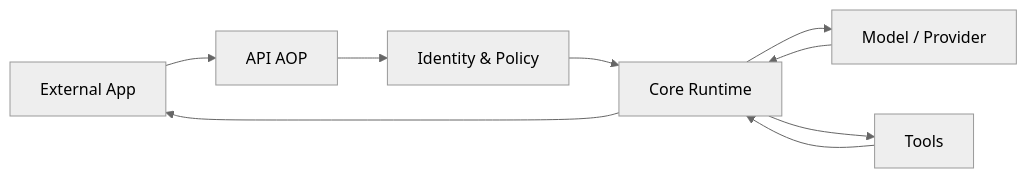
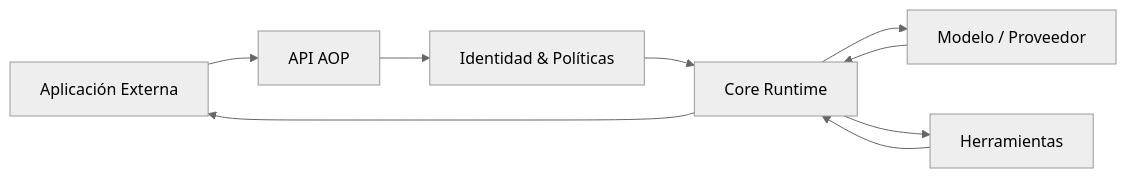
The first of 2 diagrams in docs/PLATFORM_NARRATIVE.md (johangonzahenri/ai-operating-platform), drawn with Mermaid (neutral theme) before and after one commit. The commit also changed other lines of this file and 42 other files, not shown here.

````diff
--- a/docs/PLATFORM_NARRATIVE.md
+++ b/docs/PLATFORM_NARRATIVE.md
@@ -21,11 +21,11 @@
 ```mermaid
 flowchart LR
-    App[External App] --> API[API AOP]
-    API --> Auth[Identity & Policy]
+    App[Aplicación Externa] --> API[API AOP]
+    API --> Auth[Identidad & Políticas]
     Auth --> Runtime[Core Runtime]
-    Runtime --> Model[Model / Provider]
-    Runtime --> Tools[Tools]
+    Runtime --> Model[Modelo / Proveedor]
+    Runtime --> Tools[Herramientas]
     Model --> Runtime
     Tools --> Runtime
     Runtime --> App
 ```
````
